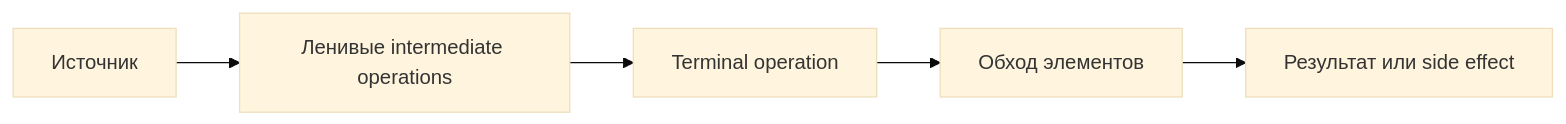
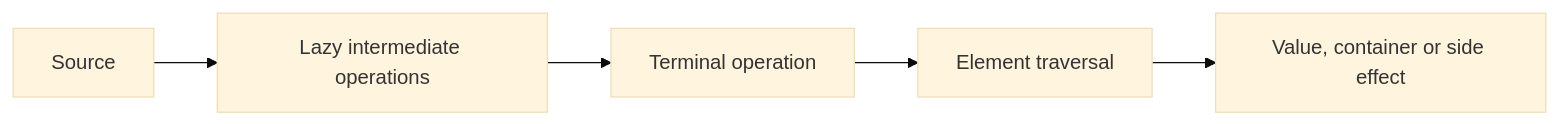
One commit to alimbetov/obsidian changed the diagram in 30_CERTIFICATIONS/Java/JAVA-B06/JAVA-B06 Roadmap.md. Above: the diagram before and after it, drawn with Mermaid (base theme). The commit also changed other lines of this file, not shown here.

Commit message:
docs(java-b06): publish complete route roadmap

````diff
--- a/30_CERTIFICATIONS/Java/JAVA-B06/JAVA-B06 Roadmap.md
+++ b/30_CERTIFICATIONS/Java/JAVA-B06/JAVA-B06 Roadmap.md
@@ -32,7 +39,7 @@
 ```mermaid
 flowchart LR
-    SOURCE[Источник] --> INTERMEDIATE[Ленивые intermediate operations]
+    SOURCE[Source] --> INTERMEDIATE[Lazy intermediate operations]
     INTERMEDIATE --> TERMINAL[Terminal operation]
-    TERMINAL --> TRAVERSE[Обход элементов]
-    TRAVERSE --> RESULT[Результат или side effect]
+    TERMINAL --> TRAVERSE[Element traversal]
+    TRAVERSE --> RESULT[Value, container or side effect]
 ```
````
